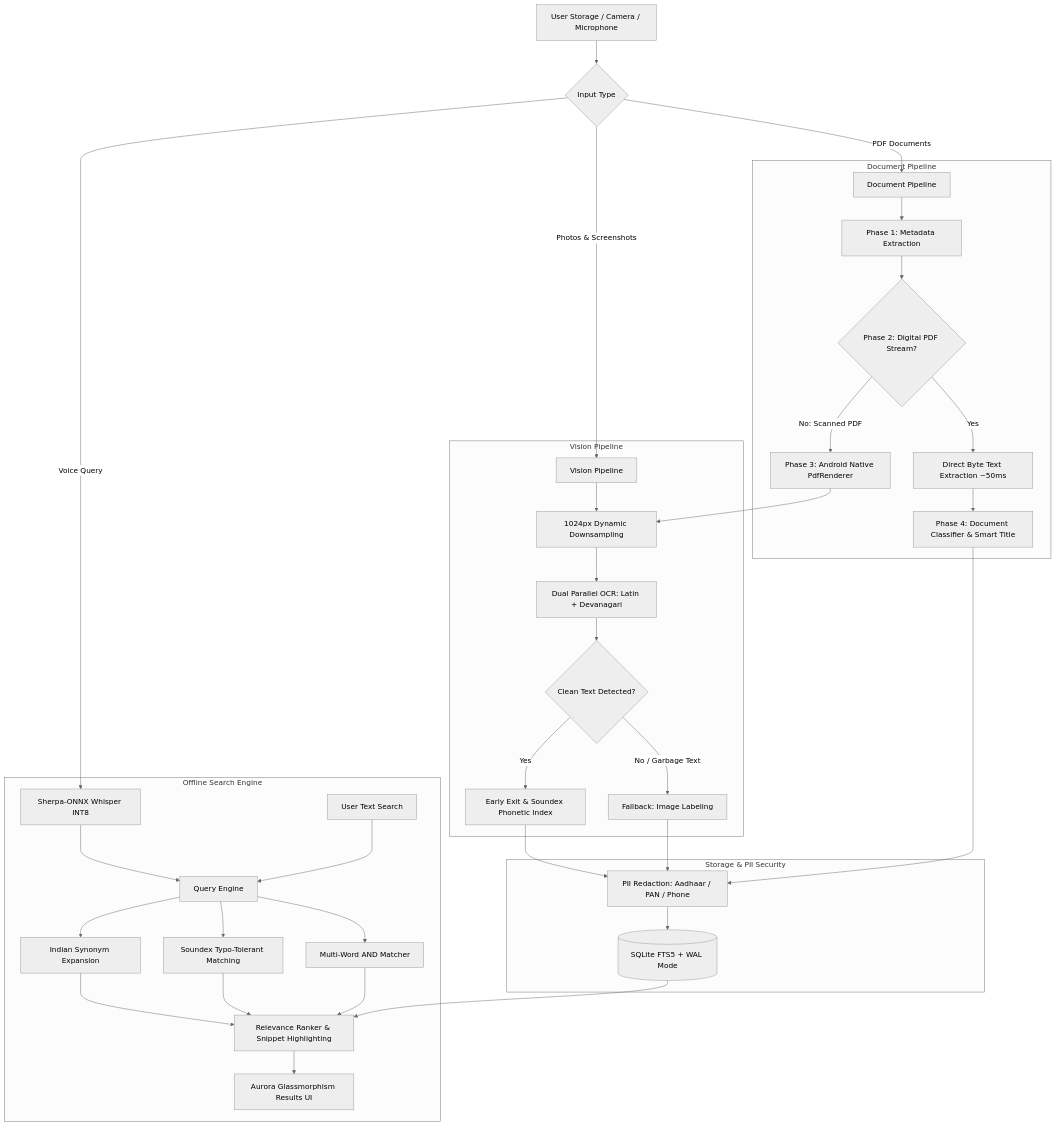
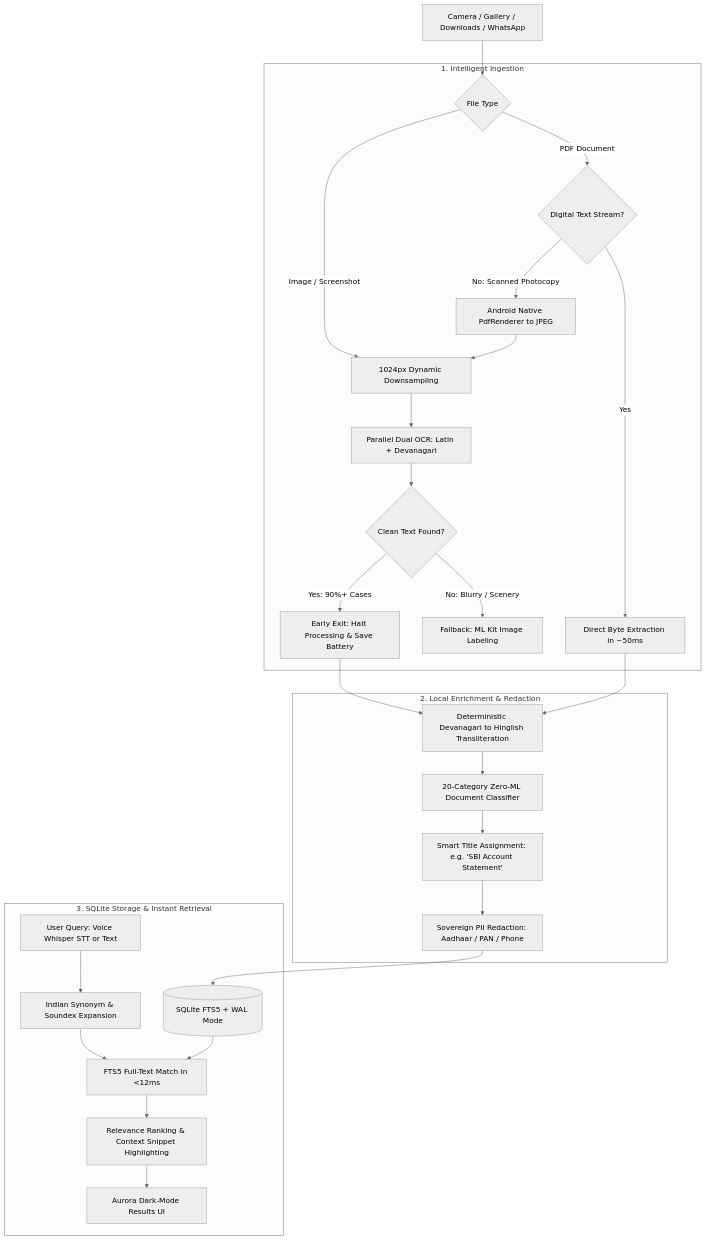
Before and after one commit to ScRocXx/Hackday-1.0: the diagram in README.md, drawn with Mermaid (neutral theme). The commit also changed other lines of this file, not shown here.

````diff
--- a/README.md
+++ b/README.md
@@ -113,45 +85,34 @@
 ```mermaid
 graph TD
-    A[User Storage / Camera / Microphone] --> B{Input Type}
+    A[Camera / Gallery / Downloads / WhatsApp] --> B{File Type}
     
-    B -->|Photos & Screenshots| C[Vision Pipeline]
-    B -->|PDF Documents| D[Document Pipeline]
-    B -->|Voice Query| E[Sherpa-ONNX Whisper INT8]
-    
-    subgraph Vision Pipeline
-        C --> C1[1024px Dynamic Downsampling]
-        C1 --> C2[Dual Parallel OCR: Latin + Devanagari]
-        C2 --> C3{Clean Text Detected?}
-        C3 -->|Yes| C4[Early Exit & Soundex Phonetic Index]
-        C3 -->|No / Garbage Text| C5[Fallback: Image Labeling]
+    subgraph 1. Intelligent Ingestion
+        B -->|Image / Screenshot| C[1024px Dynamic Downsampling]
+        C --> D[Parallel Dual OCR: Latin + Devanagari]
+        D --> E{Clean Text Found?}
+        E -->|Yes: 90%+ Cases| F[Early Exit: Halt Processing & Save Battery]
+        E -->|No: Blurry / Scenery| G[Fallback: ML Kit Image Labeling]
+        
+        B -->|PDF Document| H{Digital Text Stream?}
+        H -->|Yes| I[Direct Byte Extraction in ~50ms]
+        H -->|No: Scanned Photocopy| J[Android Native PdfRenderer to JPEG]
+        J --> C
     end
     
-    subgraph Document Pipeline
-        D --> D1[Phase 1: Metadata Extraction]
-        D1 --> D2{Phase 2: Digital PDF Stream?}
-        D2 -->|Yes| D3[Direct Byte Text Extraction ~50ms]
-        D2 -->|No: Scanned PDF| D4[Phase 3: Android Native PdfRenderer]
-        D4 --> C1
-        D3 --> D5[Phase 4: Document Classifier & Smart Title]
+    subgraph 2. Local Enrichment & Redaction
+        F --> K[Deterministic Devanagari to Hinglish Transliteration]
+        I --> K
+        K --> L[20-Category Zero-ML Document Classifier]
+        L --> M[Smart Title Assignment: e.g. 'SBI Account Statement']
+        M --> N[Sovereign PII Redaction: Aadhaar / PAN / Phone]
     end
     
-    subgraph Storage & PII Security
-        C4 --> F[PII Redaction: Aadhaar / PAN / Phone]
-        C5 --> F
-        D5 --> F
-        F --> G[(SQLite FTS5 + WAL Mode)]
-    end
-    
-    subgraph Offline Search Engine
-        E --> H[Query Engine]
-        I[User Text Search] --> H
-        H --> J[Indian Synonym Expansion]
-        H --> K[Soundex Typo-Tolerant Matching]
-        H --> L[Multi-Word AND Matcher]
-        J --> M[Relevance Ranker & Snippet Highlighting]
-        K --> M
-        L --> M
-        G --> M
-        M --> N[Aurora Glassmorphism Results UI]
+    subgraph 3. SQLite Storage & Instant Retrieval
+        N --> O[(SQLite FTS5 + WAL Mode)]
+        P[User Query: Voice Whisper STT or Text] --> Q[Indian Synonym & Soundex Expansion]
+        Q --> R[FTS5 Full-Text Match in <12ms]
+        O --> R
+        R --> S[Relevance Ranking & Context Snippet Highlighting]
+        S --> T[Aurora Dark-Mode Results UI]
     end
 ```
````
